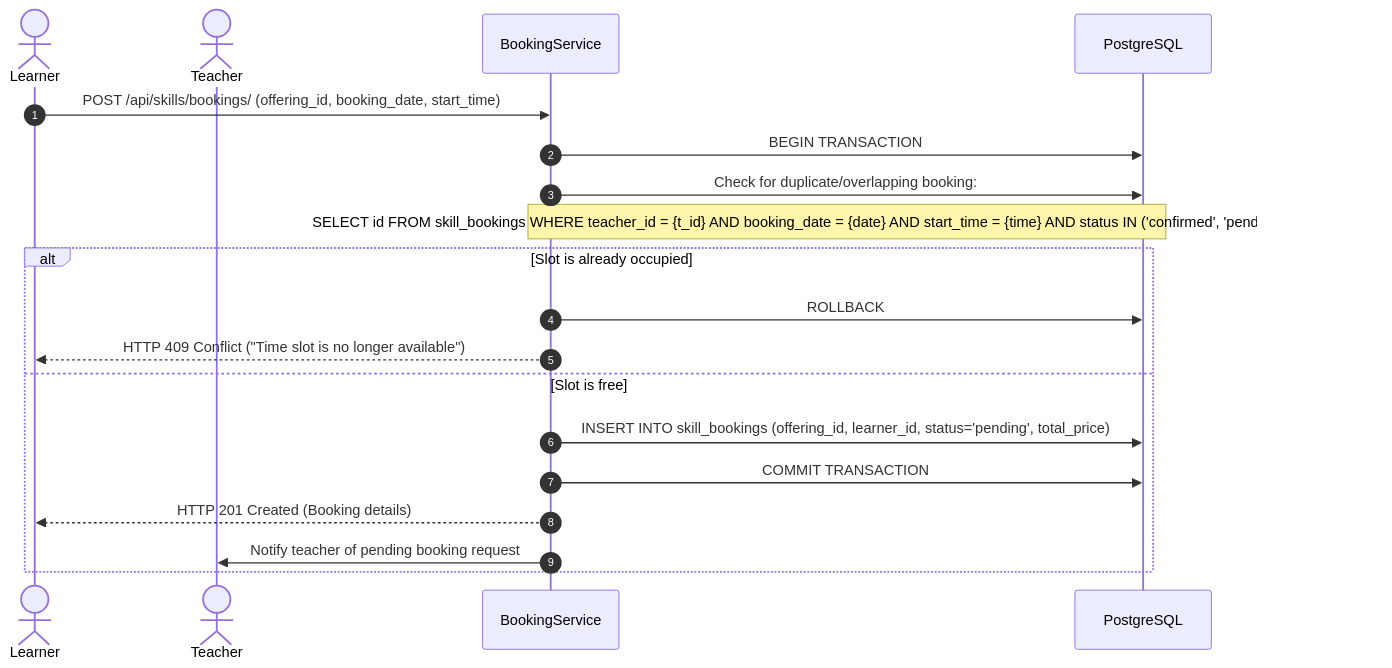
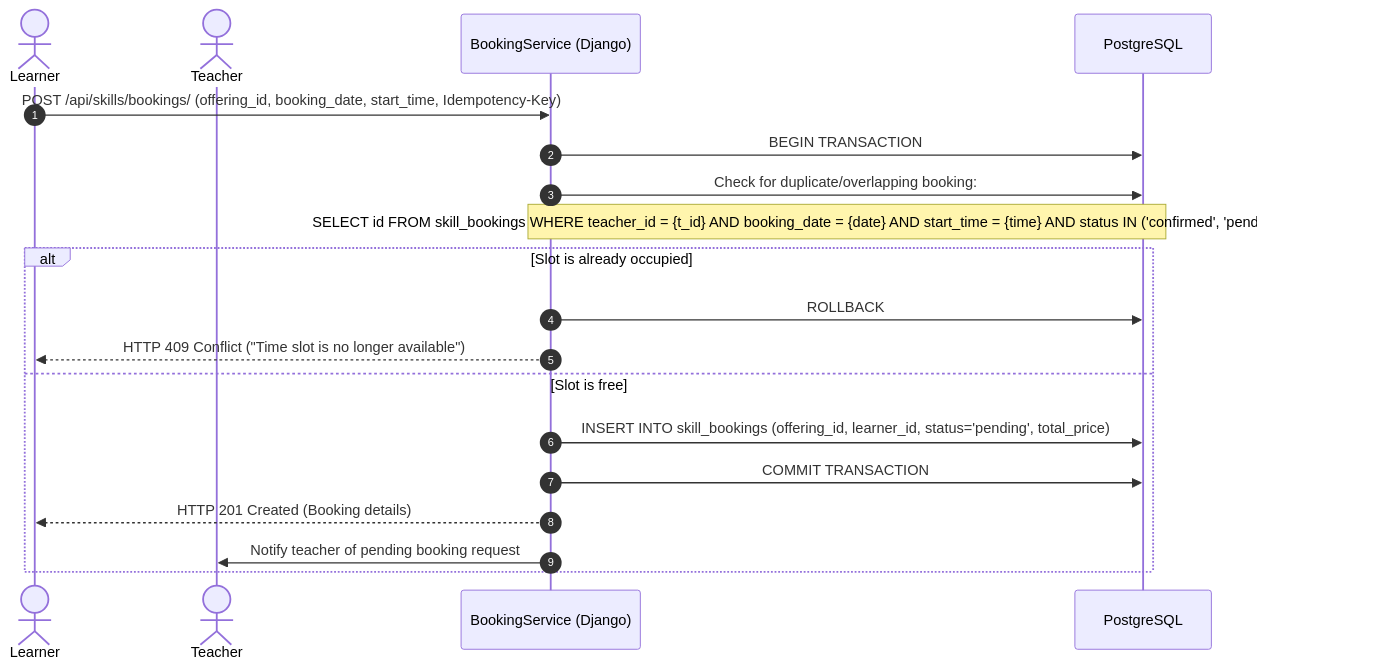
Before and after one commit to gctrupti/hoodi: the seventh of 9 diagrams in docs/system-design.md, drawn with Mermaid. The commit also changed other lines of this file and 6 other files, not shown here.

Commit message:
docs(architecture): update system design blueprint, ADRs, and database migration audit scripts

````diff
--- a/docs/system-design.md
+++ b/docs/system-design.md
@@ -394,22 +396,22 @@
 ```mermaid
 sequenceDiagram
     autonumber
     actor Learner as Learner
     actor Teacher as Teacher
-    participant API as BookingService
+    participant API as BookingService (Django)
     participant DB as PostgreSQL
 
-    Learner->>API: POST /api/skills/bookings/ (offering_id, booking_date, start_time)
+    Learner->>API: POST /api/skills/bookings/ (offering_id, booking_date, start_time, Idempotency-Key)
     API->>DB: BEGIN TRANSACTION
     API->>DB: Check for duplicate/overlapping booking:
     Note over API,DB: SELECT id FROM skill_bookings WHERE teacher_id = {t_id} AND booking_date = {date} AND start_time = {time} AND status IN ('confirmed', 'pending') FOR UPDATE
     alt Slot is already occupied
         API->>DB: ROLLBACK
         API-->>Learner: HTTP 409 Conflict ("Time slot is no longer available")
     else Slot is free
         API->>DB: INSERT INTO skill_bookings (offering_id, learner_id, status='pending', total_price)
         API->>DB: COMMIT TRANSACTION
         API-->>Learner: HTTP 201 Created (Booking details)
         API->>Teacher: Notify teacher of pending booking request
     end
 ```
````
